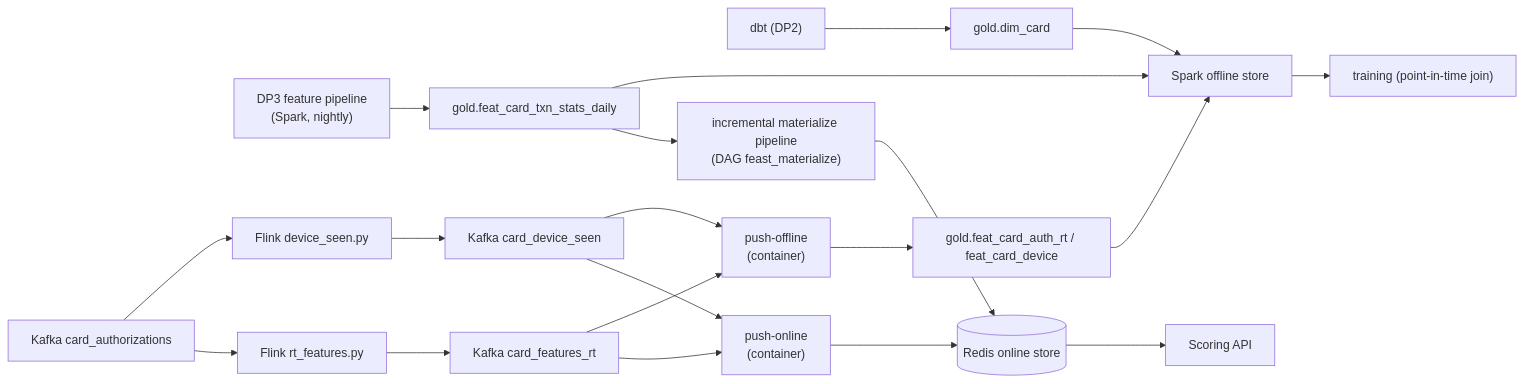
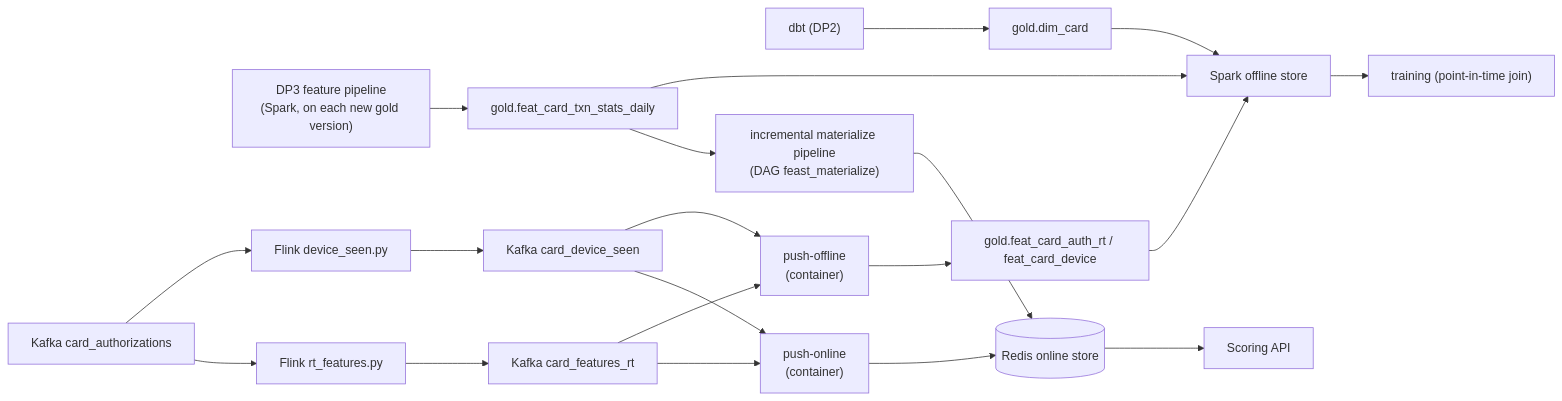
One commit to cvinhnguyen/card-fraud-platform changed the diagram in docs/ml-platform/feature_store.md. Above: the diagram before and after it, drawn with Mermaid. The commit also changed other lines of this file and 37 other files, not shown here.

First line of the commit message:
Review every doc against the code and regenerate the diagrams

````diff
--- a/docs/ml-platform/feature_store.md
+++ b/docs/ml-platform/feature_store.md
@@ -39,12 +40,12 @@
 ```mermaid
 flowchart LR
-    DP3["DP3 feature pipeline<br/>(Spark, nightly)"] --> stats["gold.feat_card_txn_stats_daily"]
+    DP3["DP3 feature pipeline<br/>(Spark, on each new gold version)"] --> stats["gold.feat_card_txn_stats_daily"]
     dbt["dbt (DP2)"] --> dim["gold.dim_card"]
     auth["Kafka card_authorizations"] --> rt["Flink rt_features.py"] --> trt["Kafka card_features_rt"]
     auth --> dev["Flink device_seen.py"] --> tdev["Kafka card_device_seen"]
     trt & tdev --> A["push-online<br/>(container)"] --> redis[("Redis online store")]
     trt & tdev --> B["push-offline<br/>(container)"] --> deltart["gold.feat_card_auth_rt / feat_card_device"]
     stats --> mat["incremental materialize pipeline<br/>(DAG feast_materialize)"] --> redis
     stats & dim & deltart --> off["Spark offline store"] --> train["training (point-in-time join)"]
     redis --> api["Scoring API"]
 ```
````
